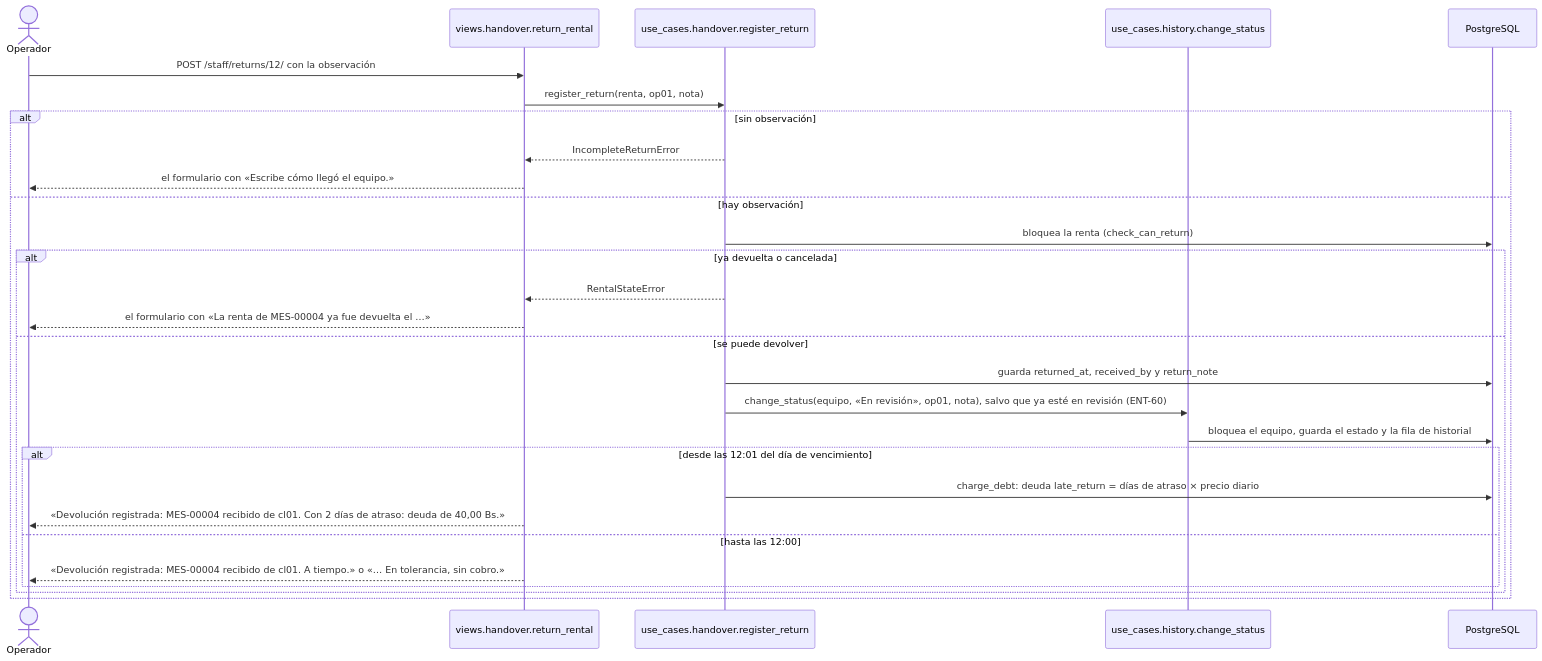
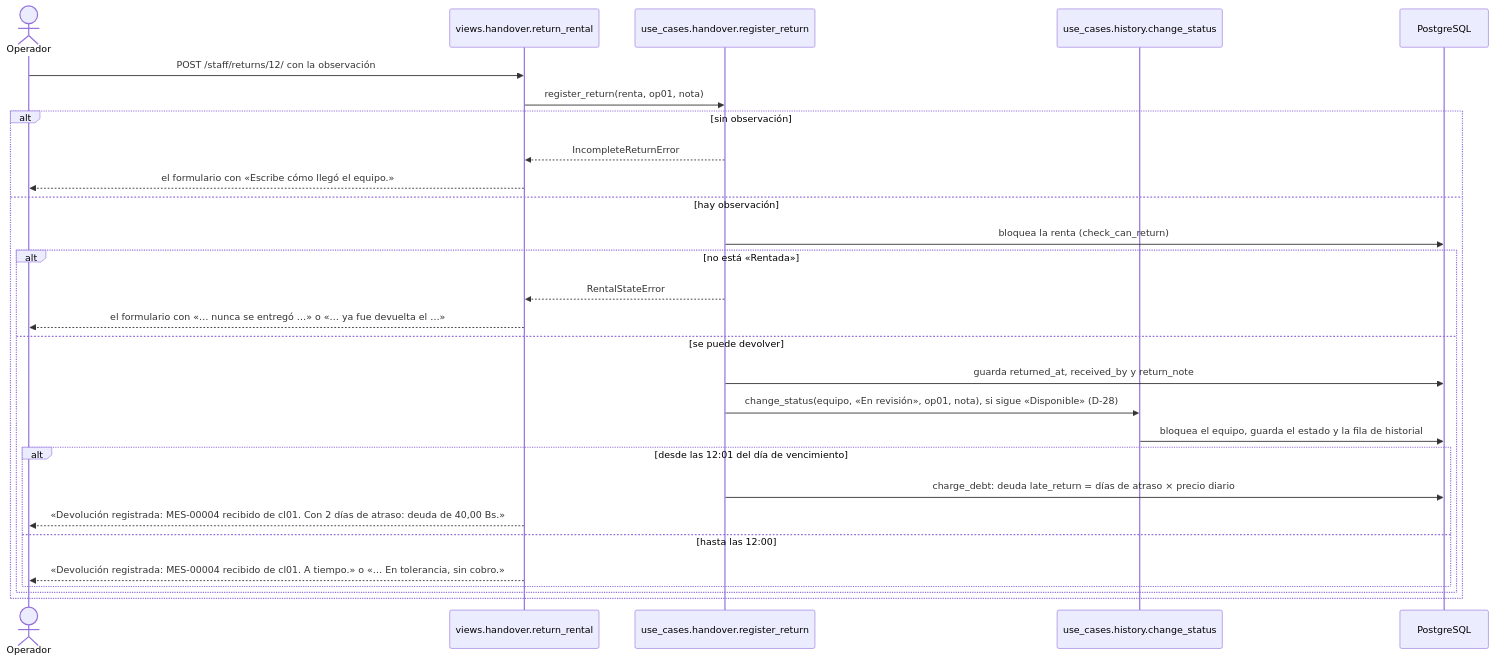
Before and after one commit to peterteranb/astra-rent-system: the tenth of 17 diagrams in docs/casos-de-uso.md, drawn with Mermaid. The commit also changed other lines of this file and 4 other files, not shown here.

````diff
--- a/docs/casos-de-uso.md
+++ b/docs/casos-de-uso.md
@@ -500,30 +500,30 @@
 ```mermaid
 sequenceDiagram
     actor O as Operador
     participant V as views.handover.return_rental
     participant U as use_cases.handover.register_return
     participant H as use_cases.history.change_status
     participant BD as PostgreSQL
     O->>V: POST /staff/returns/12/ con la observación
     V->>U: register_return(renta, op01, nota)
     alt sin observación
         U-->>V: IncompleteReturnError
         V-->>O: el formulario con «Escribe cómo llegó el equipo.»
     else hay observación
         U->>BD: bloquea la renta (check_can_return)
-        alt ya devuelta o cancelada
+        alt no está «Rentada»
             U-->>V: RentalStateError
-            V-->>O: el formulario con «La renta de MES-00004 ya fue devuelta el …»
+            V-->>O: el formulario con «… nunca se entregó …» o «… ya fue devuelta el …»
         else se puede devolver
             U->>BD: guarda returned_at, received_by y return_note
-            U->>H: change_status(equipo, «En revisión», op01, nota), salvo que ya esté en revisión (ENT-60)
+            U->>H: change_status(equipo, «En revisión», op01, nota), si sigue «Disponible» (D-28)
             H->>BD: bloquea el equipo, guarda el estado y la fila de historial
             alt desde las 12:01 del día de vencimiento
                 U->>BD: charge_debt: deuda late_return = días de atraso × precio diario
                 V-->>O: «Devolución registrada: MES-00004 recibido de cl01. Con 2 días de atraso: deuda de 40,00 Bs.»
             else hasta las 12:00
                 V-->>O: «Devolución registrada: MES-00004 recibido de cl01. A tiempo.» o «… En tolerancia, sin cobro.»
             end
         end
     end
 ```
````
